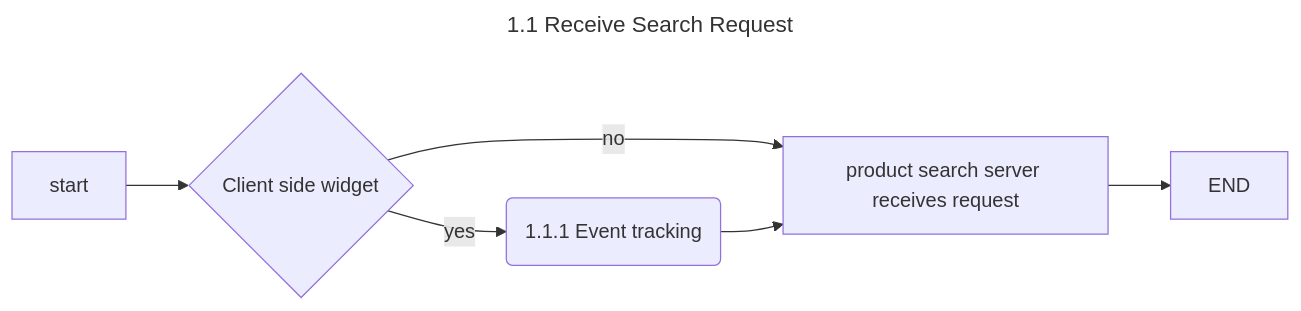
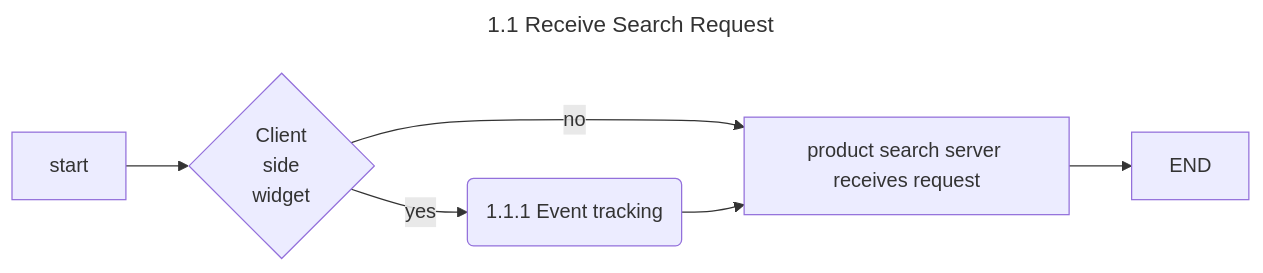
One commit to zchangvs/diagram changed the diagram in 1_1_Receive_search_request.md. Above: the diagram before and after it, drawn with Mermaid.

````diff
--- a/1_1_Receive_search_request.md
+++ b/1_1_Receive_search_request.md
@@ -1,11 +1,11 @@
 ```mermaid
 ---
 title: 1.1 Receive Search Request
 ---
 flowchart LR
-    ST[start] --> WI{Client side widget}
+    ST[start] --> WI{Client<br>side<br>widget}
     WI --> |yes| ET(1.1.1 Event tracking)
     WI --> |no| PS[product search server receives request]
     ET --> PS
     PS --> EN[END]
 ```
````
